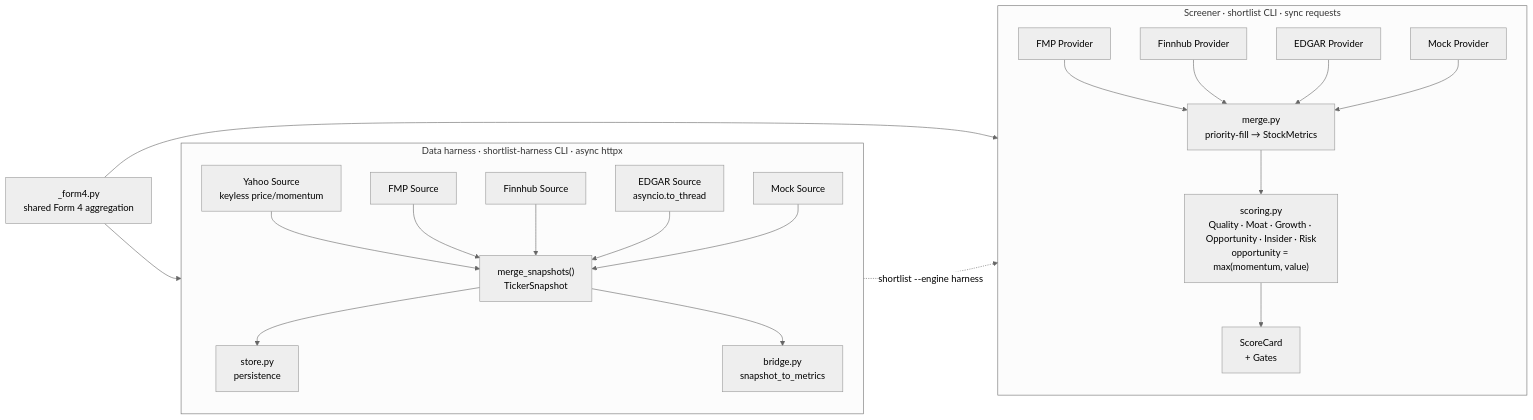
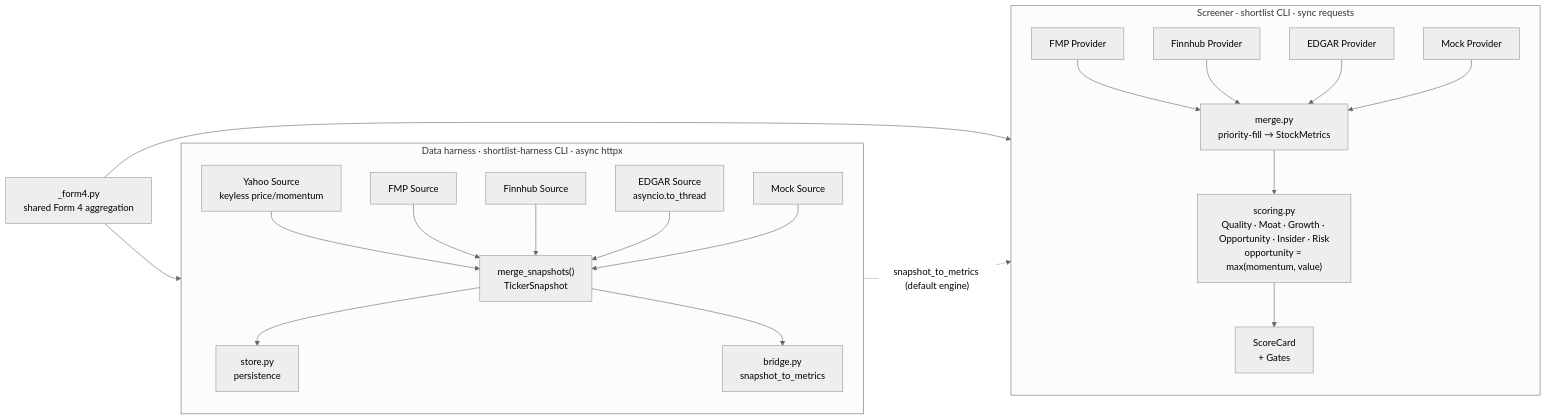
Before and after one commit to christurgeon/shortlist: the second of 2 diagrams in README.md, drawn with Mermaid (neutral theme). The commit also changed other lines of this file and 7 other files, not shown here.

````diff
--- a/README.md
+++ b/README.md
@@ -49,46 +49,46 @@
 ```mermaid
 flowchart LR
     subgraph screener ["Screener  ·  shortlist CLI  ·  sync requests"]
         direction TB
         SP1["FMP Provider"]
         SP2["Finnhub Provider"]
         SP3["EDGAR Provider"]
         SP4["Mock Provider"]
         MG["merge.py\npriority-fill → StockMetrics"]
         SC["scoring.py\nQuality · Moat · Growth · Opportunity · Insider · Risk\nopportunity = max(momentum, value)"]
         CARD["ScoreCard\n+ Gates"]
 
         SP1 --> MG
         SP2 --> MG
         SP3 --> MG
         SP4 --> MG
         MG --> SC
         SC --> CARD
     end
 
     subgraph harness ["Data harness  ·  shortlist-harness CLI  ·  async httpx"]
         direction TB
         HS0["Yahoo Source\nkeyless price/momentum"]
         HS1["FMP Source"]
         HS2["Finnhub Source"]
         HS3["EDGAR Source\nasyncio.to_thread"]
         HS4["Mock Source"]
         HM["merge_snapshots()\nTickerSnapshot"]
         BR["bridge.py\nsnapshot_to_metrics"]
         STORE["store.py\npersistence"]
 
         HS0 --> HM
         HS1 --> HM
         HS2 --> HM
         HS3 --> HM
         HS4 --> HM
         HM --> STORE
         HM --> BR
     end
 
     F4["_form4.py\nshared Form 4 aggregation"]
     F4 --> SP3
     F4 --> HS3
 
-    BR -.->|"shortlist --engine harness"| SC
+    BR -.->|"snapshot_to_metrics (default engine)"| SC
 ```
````
